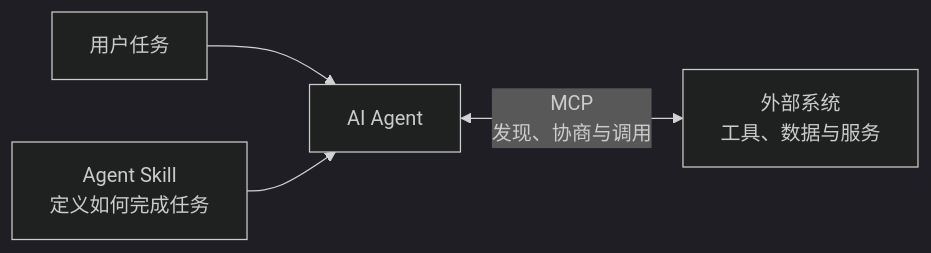
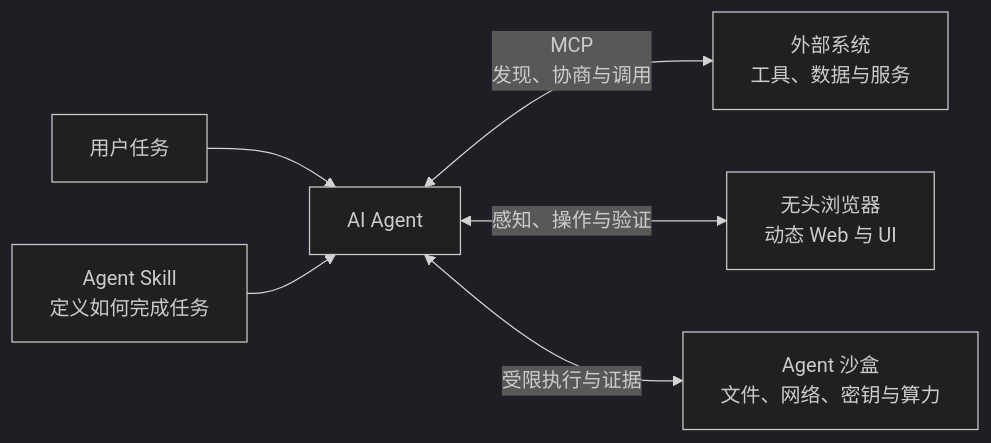
Before and after one commit to EarthWind/deepagent: the diagram in README.md, drawn with Mermaid (dark theme). The commit also changed other lines of this file and 4 other files, not shown here.

````diff
--- a/README.md
+++ b/README.md
@@ -10,6 +12,8 @@
 ```mermaid
 flowchart LR
     U[用户任务] --> A[AI Agent]
     S[Agent Skill<br/>定义如何完成任务] --> A
     A <-->|MCP<br/>发现、协商与调用| E[外部系统<br/>工具、数据与服务]
+    A <-->|感知、操作与验证| B[无头浏览器<br/>动态 Web 与 UI]
+    A <-->|受限执行与证据| X[Agent 沙盒<br/>文件、网络、密钥与算力]
 ```
````
